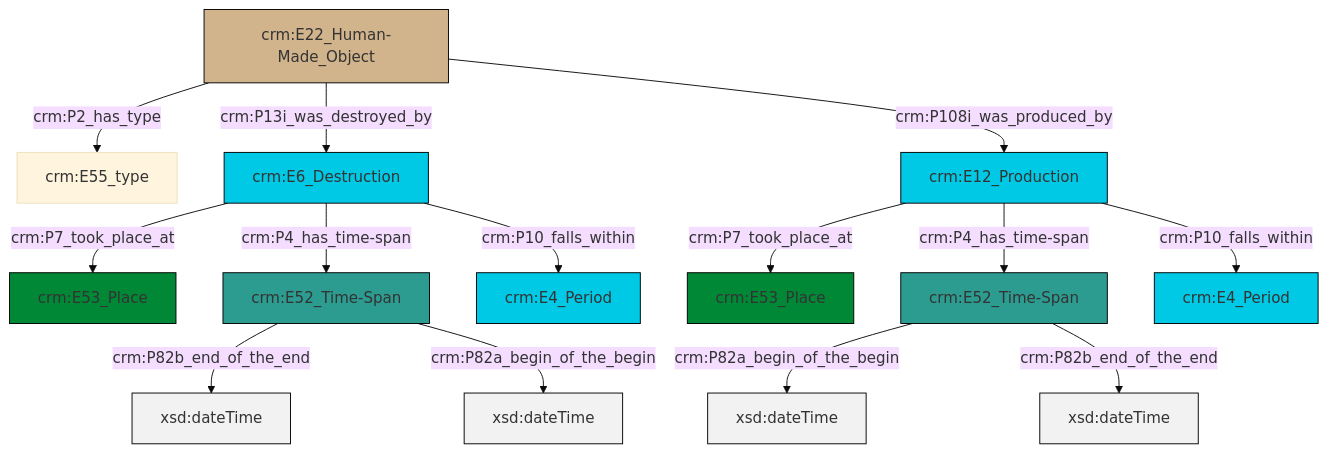
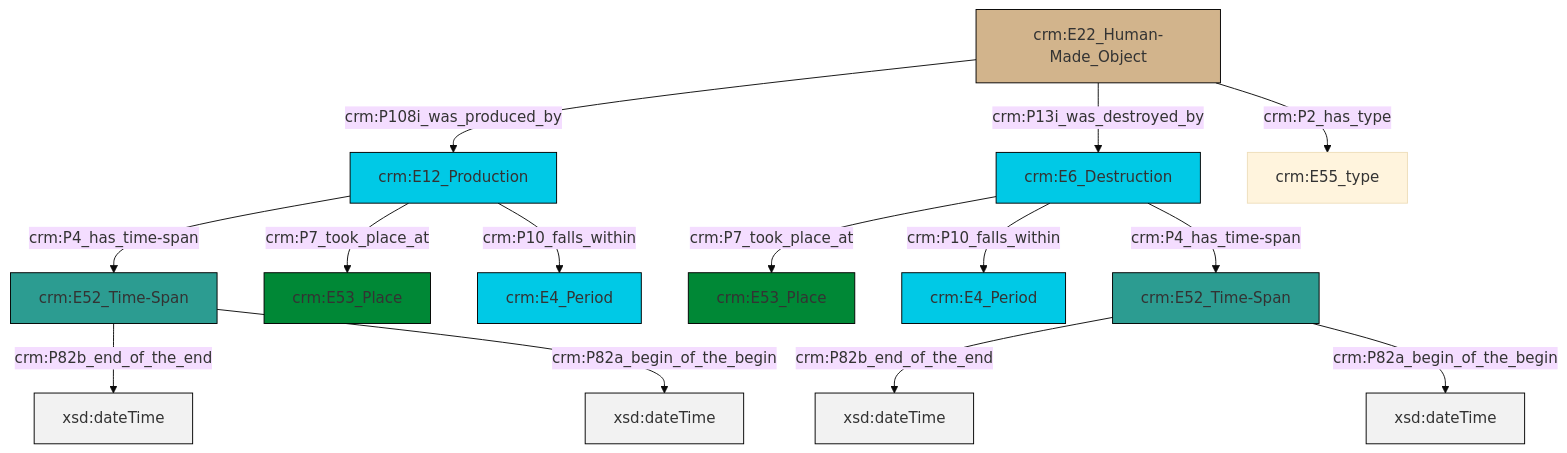
The diagram in et/artworkCSV/ttl/mmd/Artwork_Existence.ttl.mmd (swiss-art-research-net/docs.swissartresearch), drawn with Mermaid (base theme) before and after one commit. The commit also changed 174 other files, not shown here.

```diff
--- a/et/artworkCSV/ttl/mmd/Artwork_Existence.ttl.mmd
+++ b/et/artworkCSV/ttl/mmd/Artwork_Existence.ttl.mmd
@@ -1,28 +1,28 @@
 graph TD
 classDef Literal fill:#f2f2f2,stroke:#000000;
 classDef CRM_Entity fill:#FFFFFF,stroke:#000000;
 classDef Temporal_Entity fill:#00C9E6, stroke:#000000;
 classDef Type fill:#E18312, stroke:#000000;
 classDef Time-Span fill:#2C9C91, stroke:#000000;
 classDef Appellation fill:#FFEB7F, stroke:#000000;
 classDef Place fill:#008836, stroke:#000000;
 classDef Persistent_Item fill:#B266B2, stroke:#000000;
 classDef Conceptual_Object fill:#FFD700, stroke:#000000;
 classDef Physical_Thing fill:#D2B48C, stroke:#000000;
 classDef Actor fill:#f58aad, stroke:#000000;
 classDef PC_Classes fill:#4ce600, stroke:#000000;
 classDef Multi fill:#cccccc,stroke:#000000;
 
-4["crm:E52_Time-Span"]:::Time-Span -->|crm:P82b_end_of_the_end| 5[xsd:dateTime]:::Literal
-6["crm:E12_Production"]:::Temporal_Entity -->|crm:P7_took_place_at| 2["crm:E53_Place"]:::Place
-7["crm:E6_Destruction"]:::Temporal_Entity -->|crm:P7_took_place_at| 0["crm:E53_Place"]:::Place
-6["crm:E12_Production"]:::Temporal_Entity -->|crm:P4_has_time-span| 8["crm:E52_Time-Span"]:::Time-Span
-4["crm:E52_Time-Span"]:::Time-Span -->|crm:P82a_begin_of_the_begin| 9[xsd:dateTime]:::Literal
-7["crm:E6_Destruction"]:::Temporal_Entity -->|crm:P4_has_time-span| 4["crm:E52_Time-Span"]:::Time-Span
-7["crm:E6_Destruction"]:::Temporal_Entity -->|crm:P10_falls_within| 12["crm:E4_Period"]:::Temporal_Entity
-13["crm:E22_Human-Made_Object"]:::Physical_Thing -->|crm:P2_has_type| 14["crm:E55_type"]:::Default
-6["crm:E12_Production"]:::Temporal_Entity -->|crm:P10_falls_within| 15["crm:E4_Period"]:::Temporal_Entity
-8["crm:E52_Time-Span"]:::Time-Span -->|crm:P82a_begin_of_the_begin| 19[xsd:dateTime]:::Literal
-8["crm:E52_Time-Span"]:::Time-Span -->|crm:P82b_end_of_the_end| 20[xsd:dateTime]:::Literal
-13["crm:E22_Human-Made_Object"]:::Physical_Thing -->|crm:P13i_was_destroyed_by| 7["crm:E6_Destruction"]:::Temporal_Entity
-13["crm:E22_Human-Made_Object"]:::Physical_Thing -->|crm:P108i_was_produced_by| 6["crm:E12_Production"]:::Temporal_Entity
+2["crm:E22_Human-Made_Object"]:::Physical_Thing -->|crm:P108i_was_produced_by| 3["crm:E12_Production"]:::Temporal_Entity
+3["crm:E12_Production"]:::Temporal_Entity -->|crm:P4_has_time-span| 4["crm:E52_Time-Span"]:::Time-Span
+5["crm:E6_Destruction"]:::Temporal_Entity -->|crm:P7_took_place_at| 0["crm:E53_Place"]:::Place
+5["crm:E6_Destruction"]:::Temporal_Entity -->|crm:P10_falls_within| 7["crm:E4_Period"]:::Temporal_Entity
+11["crm:E52_Time-Span"]:::Time-Span -->|crm:P82b_end_of_the_end| 14[xsd:dateTime]:::Literal
+4["crm:E52_Time-Span"]:::Time-Span -->|crm:P82b_end_of_the_end| 15[xsd:dateTime]:::Literal
+5["crm:E6_Destruction"]:::Temporal_Entity -->|crm:P4_has_time-span| 11["crm:E52_Time-Span"]:::Time-Span
+2["crm:E22_Human-Made_Object"]:::Physical_Thing -->|crm:P13i_was_destroyed_by| 5["crm:E6_Destruction"]:::Temporal_Entity
+3["crm:E12_Production"]:::Temporal_Entity -->|crm:P7_took_place_at| 16["crm:E53_Place"]:::Place
+11["crm:E52_Time-Span"]:::Time-Span -->|crm:P82a_begin_of_the_begin| 22[xsd:dateTime]:::Literal
+2["crm:E22_Human-Made_Object"]:::Physical_Thing -->|crm:P2_has_type| 18["crm:E55_type"]:::Default
+4["crm:E52_Time-Span"]:::Time-Span -->|crm:P82a_begin_of_the_begin| 23[xsd:dateTime]:::Literal
+3["crm:E12_Production"]:::Temporal_Entity -->|crm:P10_falls_within| 9["crm:E4_Period"]:::Temporal_Entity
```
